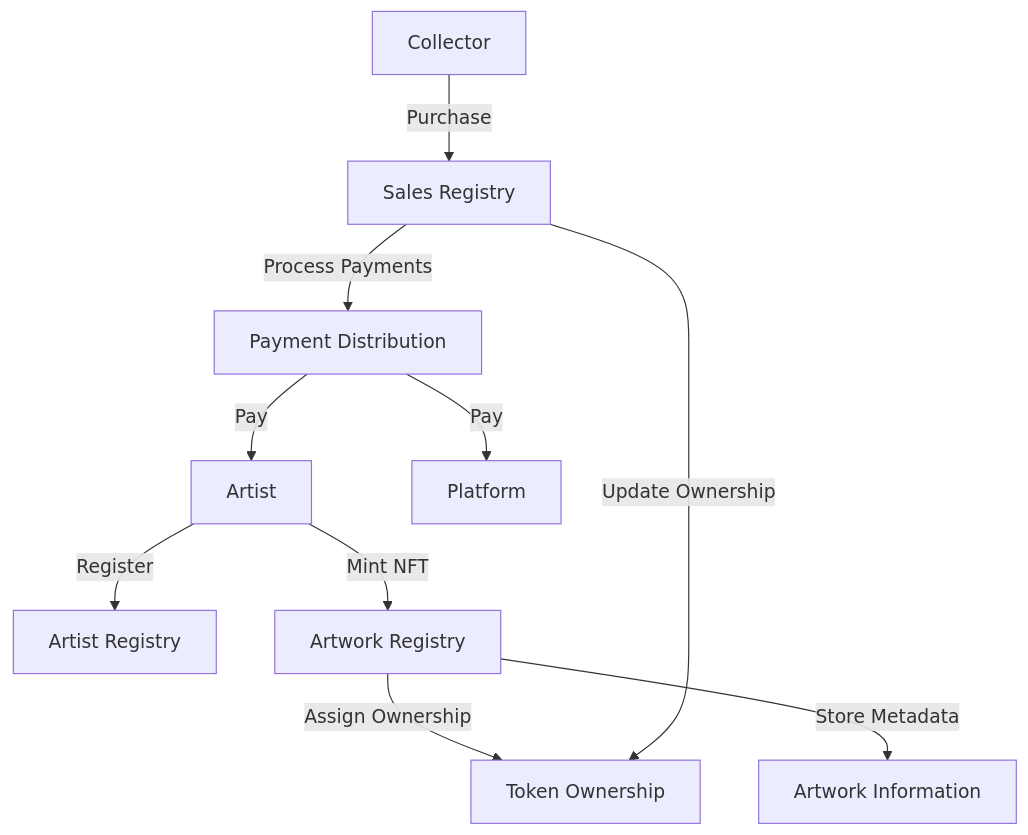
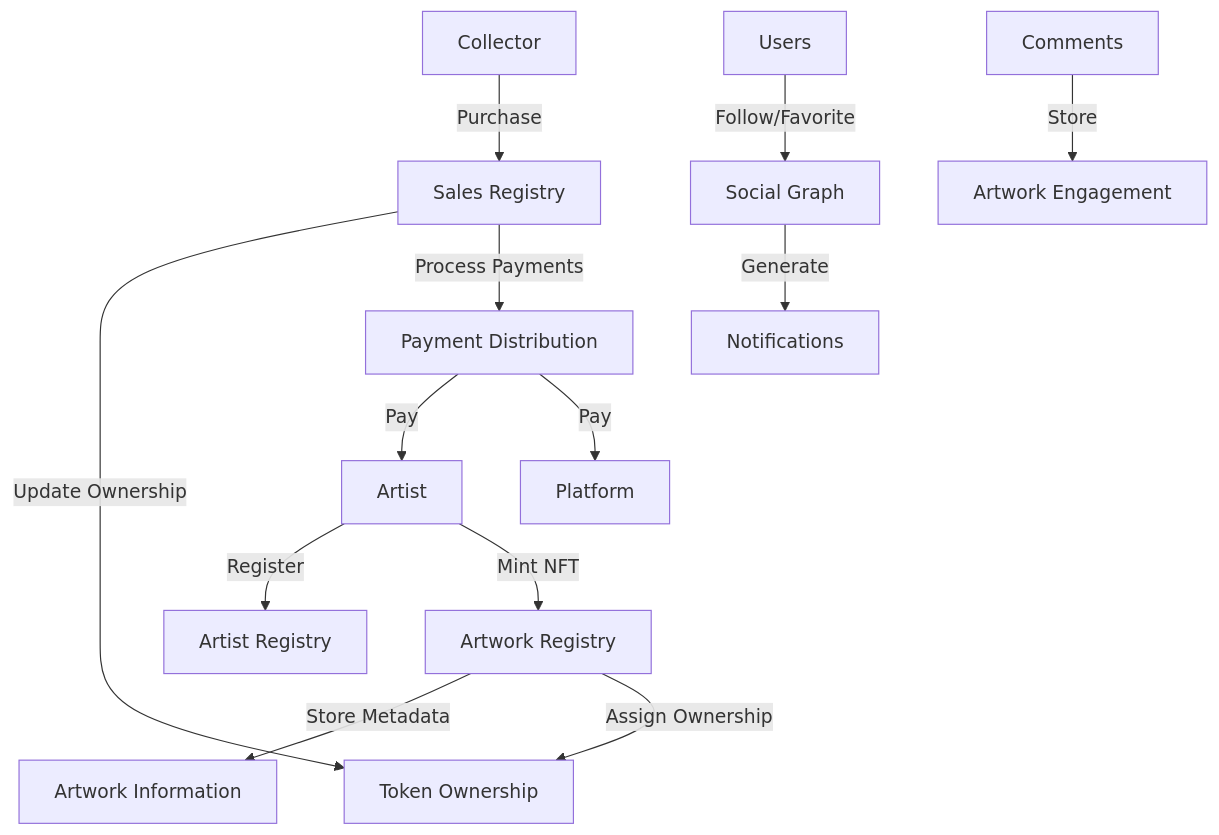
The diagram in README.md (Mcsavvy/pixelmint-art-platform), drawn with Mermaid before and after one commit. The commit also changed other lines of this file, not shown here.

````diff
--- a/README.md
+++ b/README.md
@@ -20,12 +23,15 @@
 ```mermaid
 graph TD
     A[Artist] -->|Register| B[Artist Registry]
     A -->|Mint NFT| C[Artwork Registry]
     C -->|Store Metadata| D[Artwork Information]
     C -->|Assign Ownership| E[Token Ownership]
     F[Collector] -->|Purchase| G[Sales Registry]
     G -->|Update Ownership| E
     G -->|Process Payments| H[Payment Distribution]
     H -->|Pay| A
     H -->|Pay| I[Platform]
+    J[Users] -->|Follow/Favorite| K[Social Graph]
+    K -->|Generate| L[Notifications]
+    M[Comments] -->|Store| N[Artwork Engagement]
 ```
````
